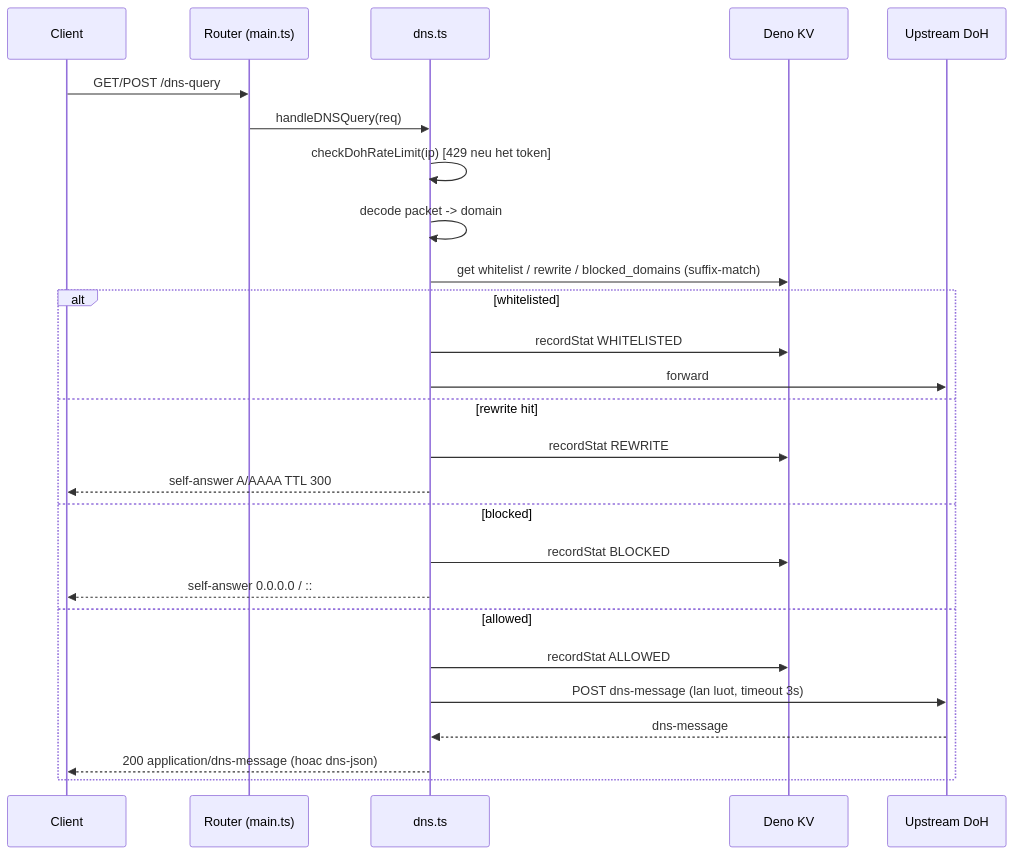
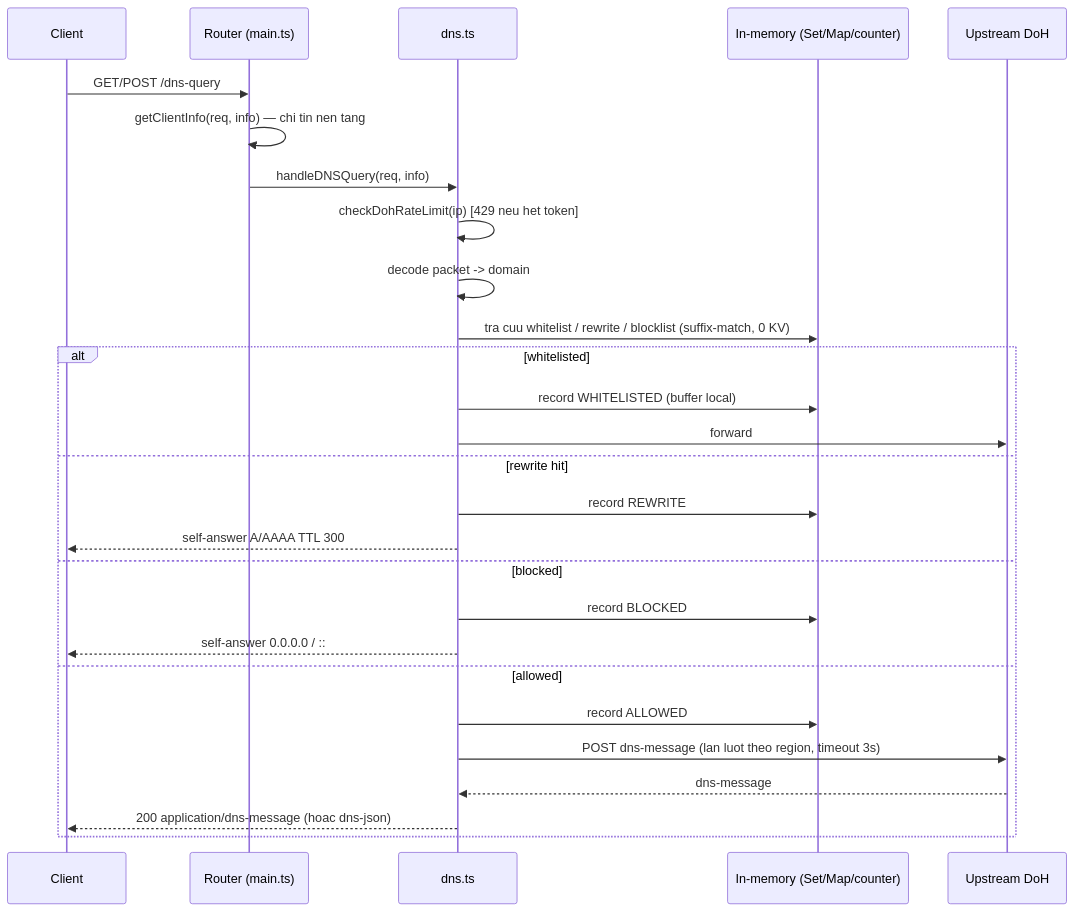
Before and after one commit to annguyen0/deno-dns: the fourth of 5 diagrams in docs/ARCHITECTURE.md, drawn with Mermaid. The commit also changed other lines of this file and 2 other files, not shown here.

First line of the commit message:
docs(dns): align architecture with runtime caching changes

````diff
--- a/docs/ARCHITECTURE.md
+++ b/docs/ARCHITECTURE.md
@@ -97,28 +114,29 @@
 ```mermaid
 sequenceDiagram
     participant C as Client
     participant R as Router (main.ts)
     participant D as dns.ts
-    participant K as Deno KV
+    participant M as In-memory (Set/Map/counter)
     participant U as Upstream DoH
     C->>R: GET/POST /dns-query
-    R->>D: handleDNSQuery(req)
+    R->>R: getClientInfo(req, info) — chi tin nen tang
+    R->>D: handleDNSQuery(req, info)
     D->>D: checkDohRateLimit(ip) [429 neu het token]
     D->>D: decode packet -> domain
-    D->>K: get whitelist / rewrite / blocked_domains (suffix-match)
+    D->>M: tra cuu whitelist / rewrite / blocklist (suffix-match, 0 KV)
     alt whitelisted
-        D->>K: recordStat WHITELISTED
+        D->>M: record WHITELISTED (buffer local)
         D->>U: forward
     else rewrite hit
-        D->>K: recordStat REWRITE
+        D->>M: record REWRITE
         D-->>C: self-answer A/AAAA TTL 300
     else blocked
-        D->>K: recordStat BLOCKED
+        D->>M: record BLOCKED
         D-->>C: self-answer 0.0.0.0 / ::
     else allowed
-        D->>K: recordStat ALLOWED
-        D->>U: POST dns-message (lan luot, timeout 3s)
+        D->>M: record ALLOWED
+        D->>U: POST dns-message (lan luot theo region, timeout 3s)
         U-->>D: dns-message
         D-->>C: 200 application/dns-message (hoac dns-json)
     end
 ```
````
